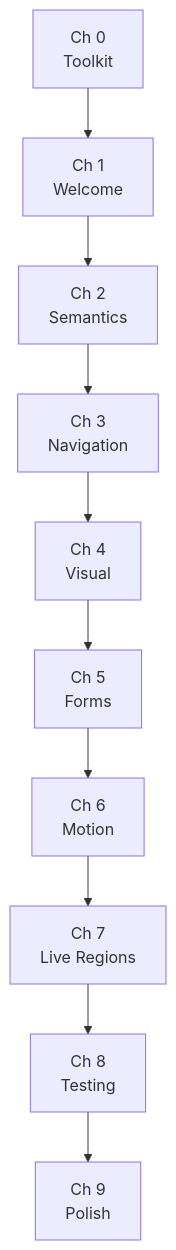
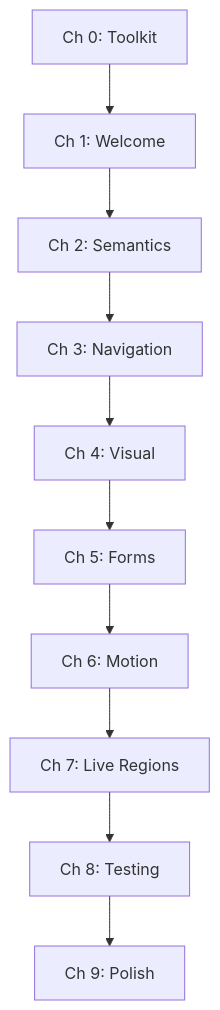
One commit to team360r/AccessBank changed the second of 2 diagrams in docs-site/docs/intro.md. Above: the diagram before and after it, drawn with Mermaid.

Commit message:
fix: simplify Mermaid learning path node labels to single line

````diff
--- a/docs-site/docs/intro.md
+++ b/docs-site/docs/intro.md
@@ -44,12 +44,12 @@
 ```mermaid
 graph TD
-    C0["Ch 0\nToolkit"] --> C1["Ch 1\nWelcome"]
-    C1 --> C2["Ch 2\nSemantics"]
-    C2 --> C3["Ch 3\nNavigation"]
-    C3 --> C4["Ch 4\nVisual"]
-    C4 --> C5["Ch 5\nForms"]
-    C5 --> C6["Ch 6\nMotion"]
-    C6 --> C7["Ch 7\nLive Regions"]
-    C7 --> C8["Ch 8\nTesting"]
-    C8 --> C9["Ch 9\nPolish"]
+    C0["Ch 0: Toolkit"] --> C1["Ch 1: Welcome"]
+    C1 --> C2["Ch 2: Semantics"]
+    C2 --> C3["Ch 3: Navigation"]
+    C3 --> C4["Ch 4: Visual"]
+    C4 --> C5["Ch 5: Forms"]
+    C5 --> C6["Ch 6: Motion"]
+    C6 --> C7["Ch 7: Live Regions"]
+    C7 --> C8["Ch 8: Testing"]
+    C8 --> C9["Ch 9: Polish"]
 ```
````
